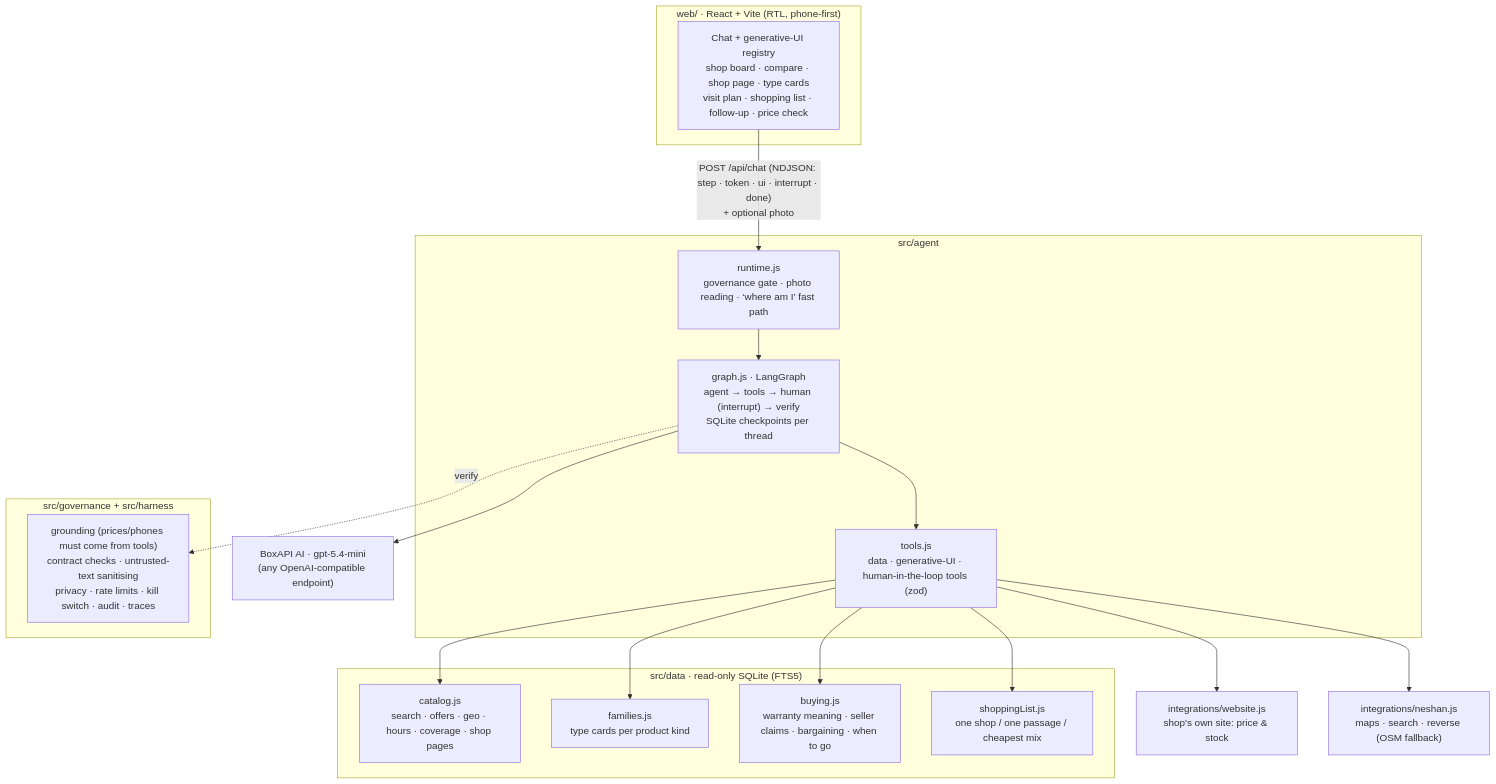
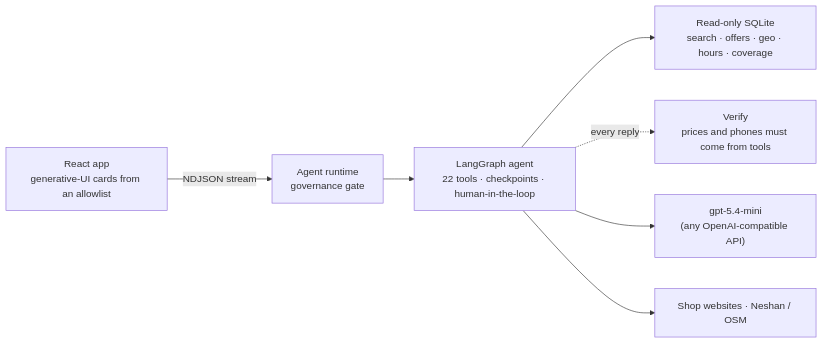
The diagram in README.md (rfwn/no-quarter), drawn with Mermaid before and after one commit. The commit also changed other lines of this file and 9 other files, not shown here.

````diff
--- a/README.md
+++ b/README.md
@@ -37,31 +67,9 @@
 ```mermaid
-flowchart TB
-  subgraph Web["web/ · React + Vite (RTL, phone-first)"]
-    UI["Chat + generative-UI registry<br/>shop board · compare · shop page · type cards<br/>visit plan · shopping list · follow-up · price check"]
-  end
-  UI -- "POST /api/chat (NDJSON: step · token · ui · interrupt · done)<br/>+ optional photo" --> RT
-
-  subgraph Agent["src/agent"]
-    RT["runtime.js<br/>governance gate · photo reading · ‘where am I’ fast path"]
-    G["graph.js · LangGraph<br/>agent → tools → human (interrupt) → verify<br/>SQLite checkpoints per thread"]
-    T["tools.js<br/>data · generative-UI · human-in-the-loop tools (zod)"]
-    RT --> G --> T
-  end
-
-  subgraph Data["src/data · read-only SQLite (FTS5)"]
-    C["catalog.js<br/>search · offers · geo · hours · coverage · shop pages"]
-    F["families.js<br/>type cards per product kind"]
-    B["buying.js<br/>warranty meaning · seller claims · bargaining · when to go"]
-    L["shoppingList.js<br/>one shop / one passage / cheapest mix"]
-  end
-  T --> C & F & B & L
-
-  subgraph Gov["src/governance + src/harness"]
-    V["grounding (prices/phones must come from tools)<br/>contract checks · untrusted-text sanitising<br/>privacy · rate limits · kill switch · audit · traces"]
-  end
-  G -. verify .-> V
-
-  T --> W["integrations/website.js<br/>shop's own site: price & stock"]
-  T --> N["integrations/neshan.js<br/>maps · search · reverse (OSM fallback)"]
-  G --> LLM["BoxAPI AI · gpt-5.4-mini<br/>(any OpenAI-compatible endpoint)"]
+flowchart LR
+  UI["React app<br/>generative-UI cards from an allowlist"] -- "NDJSON stream" --> RT["Agent runtime<br/>governance gate"]
+  RT --> G["LangGraph agent<br/>22 tools · checkpoints · human-in-the-loop"]
+  G --> D["Read-only SQLite<br/>search · offers · geo · hours · coverage"]
+  G -. "every reply" .-> V["Verify<br/>prices and phones must come from tools"]
+  G --> LLM["gpt-5.4-mini<br/>(any OpenAI-compatible API)"]
+  G --> X["Shop websites · Neshan / OSM"]
 ```
````
